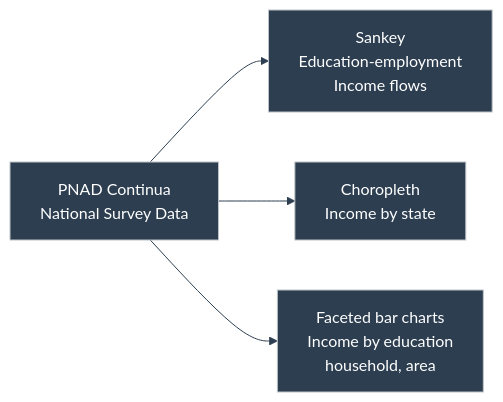
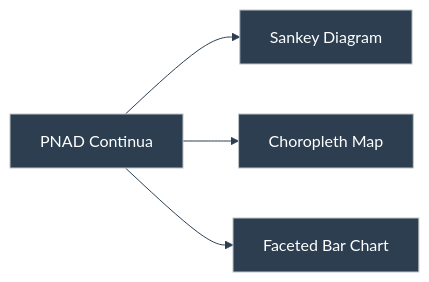
The seventh of 13 diagrams in portfolio/mermaid/diagrams.md (duducm2/my-personal-repo), drawn with Mermaid before and after one commit. The commit also changed other lines of this file and 3 other files, not shown here.

````diff
--- a/portfolio/mermaid/diagrams.md
+++ b/portfolio/mermaid/diagrams.md
@@ -179,11 +103,11 @@
 ```mermaid
 %%{init: {'theme': 'base', 'themeVariables': { 'primaryColor': '#2c3e50', 'primaryTextColor': '#fff', 'primaryBorderColor': '#bdc3c7', 'lineColor': '#2c3e50', 'fontFamily': 'Lato'}}}%%
 flowchart LR
-  PNAD["PNAD Continua\nNational Survey Data"]
-  Sankey["Sankey\nEducation-employment\nIncome flows"]
-  Choropleth["Choropleth\nIncome by state"]
-  Faceted["Faceted bar charts\nIncome by education\nhousehold, area"]
+  PNAD["PNAD Continua"]
+  Sankey["Sankey Diagram"]
+  Choropleth["Choropleth Map"]
+  Faceted["Faceted Bar Chart"]
   PNAD --> Sankey
   PNAD --> Choropleth
   PNAD --> Faceted
 ```
````
